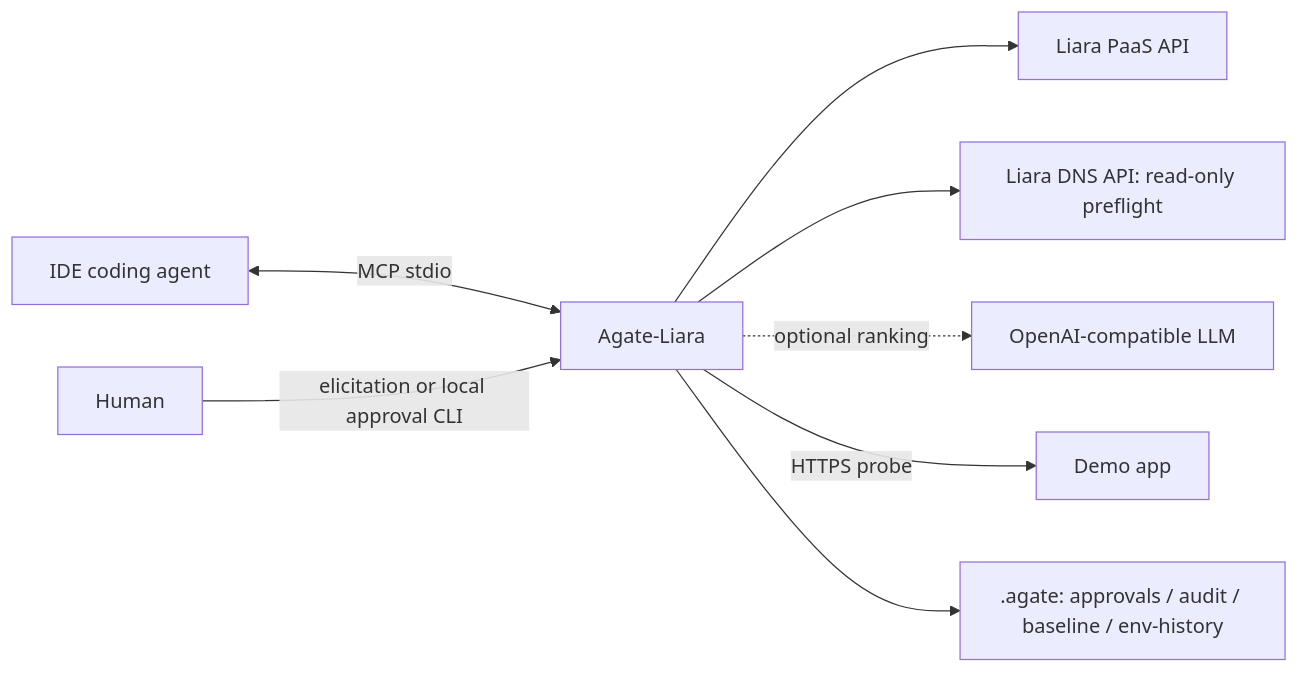
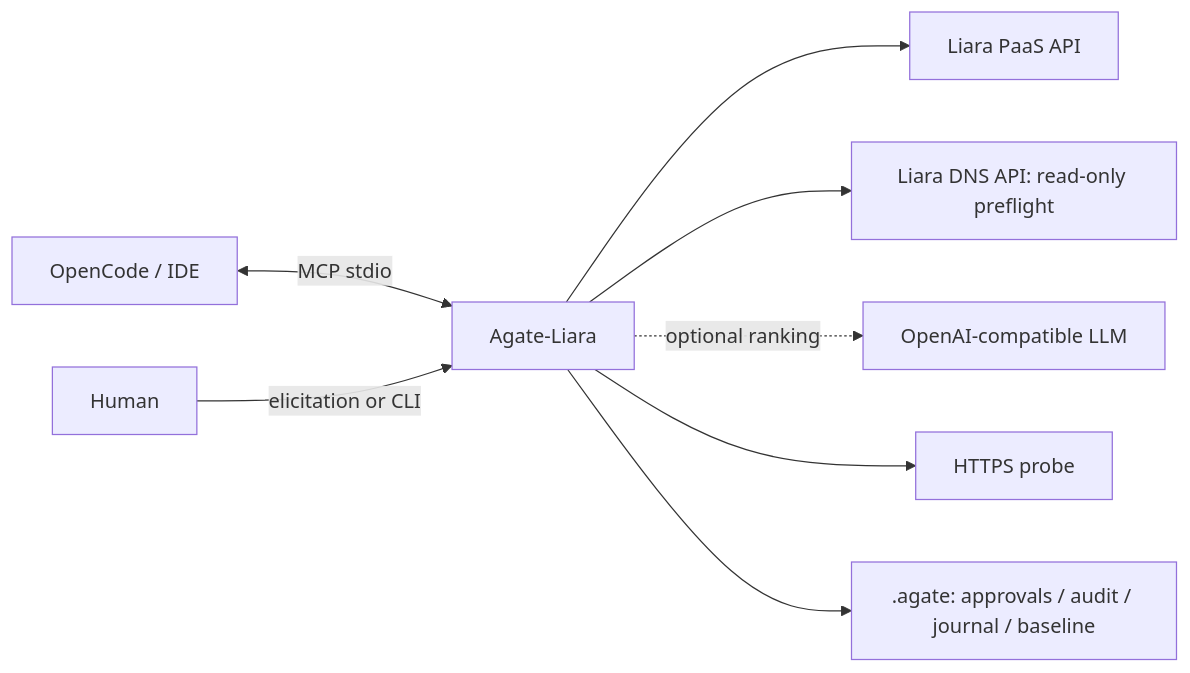
Before and after one commit to thecapitalland/Hackaton-Liara: the second of 2 diagrams in README.md, drawn with Mermaid. The commit also changed other lines of this file and 9 other files, not shown here.

````diff
--- a/README.md
+++ b/README.md
@@ -29,10 +214,10 @@
 ```mermaid
 flowchart LR
-  IDE[IDE coding agent] <-->|MCP stdio| MCP[Agate-Liara]
-  MCP --> A[Liara PaaS API]
-  MCP --> D[Liara DNS API: read-only preflight]
-  MCP -. optional ranking .-> L[OpenAI-compatible LLM]
-  MCP -->|HTTPS probe| S[Demo app]
-  MCP --> F[.agate: approvals / audit / baseline / env-history]
-  H[Human] -->|elicitation or local approval CLI| MCP
+  IDE["OpenCode / IDE"] <-->|MCP stdio| MCP["Agate-Liara"]
+  MCP --> API["Liara PaaS API"]
+  MCP --> DNS["Liara DNS API: read-only preflight"]
+  MCP -. optional ranking .-> LLM["OpenAI-compatible LLM"]
+  MCP --> PROBE["HTTPS probe"]
+  MCP --> STATE[".agate: approvals / audit / journal / baseline"]
+  HUMAN["Human"] -->|elicitation or CLI| MCP
 ```
````
